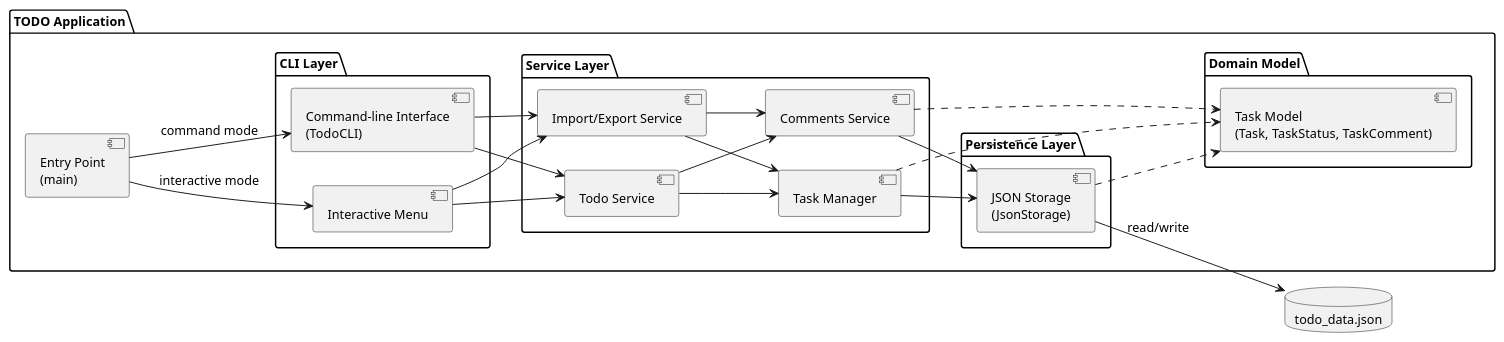
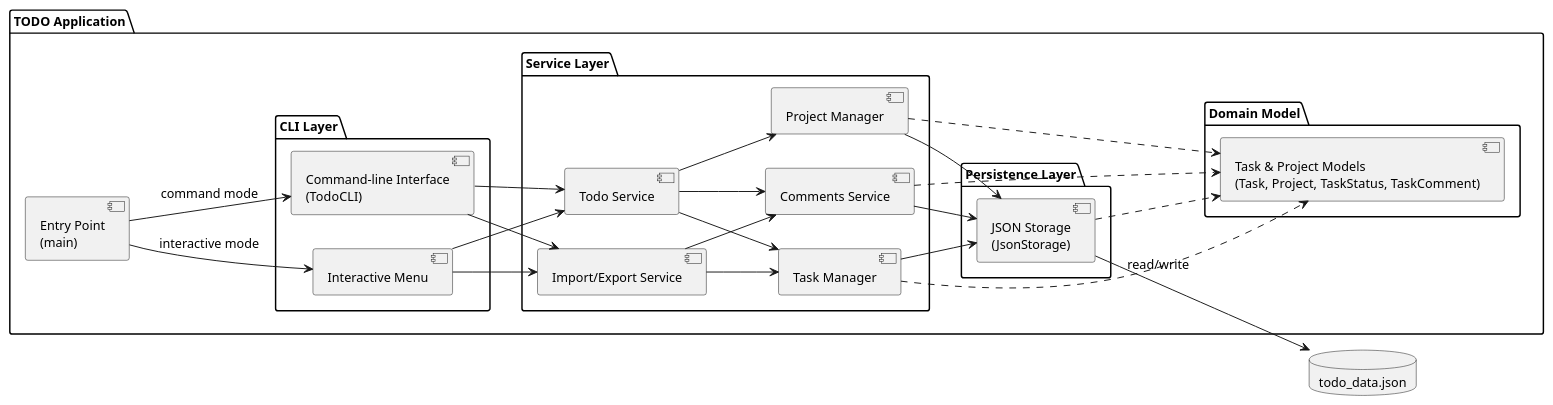
The diagram in experiments/broadcast/user_stories/TODO/artifacts/component_diagram.puml (DanielRiha8906/Software_autoevolution_using_agents), drawn with PlantUML before and after one commit. The commit also changed 4 other files, not shown here.

First line of the commit message:
task 08 | update diagrams and documentation for project grouping

```diff
--- a/experiments/broadcast/user_stories/TODO/artifacts/component_diagram.puml
+++ b/experiments/broadcast/user_stories/TODO/artifacts/component_diagram.puml
@@ -1,55 +1,59 @@
 @startuml component_diagram
 
 skinparam componentStyle uml2
 skinparam defaultFontSize 13
 
 left to right direction
 
 package "TODO Application" {
 
     component "Entry Point\n(main)" as Main
 
     package "CLI Layer" {
         component "Interactive Menu" as IM
         component "Command-line Interface\n(TodoCLI)" as CLI
     }
 
     package "Service Layer" {
         component "Todo Service" as SVC
         component "Task Manager" as MGR
         component "Comments Service" as CSVC
+        component "Project Manager" as PMGR
         component "Import/Export Service" as IES
     }
 
     package "Domain Model" {
-        component "Task Model\n(Task, TaskStatus, TaskComment)" as Model
+        component "Task & Project Models\n(Task, Project, TaskStatus, TaskComment)" as Model
     }
 
     package "Persistence Layer" {
         component "JSON Storage\n(JsonStorage)" as Storage
     }
 }
 
 database "todo_data.json" as DB
 
 Main --> IM : interactive mode
 Main --> CLI : command mode
 
 IM --> SVC
 IM --> IES
 CLI --> SVC
 CLI --> IES
 
 SVC --> MGR
 SVC --> CSVC
+SVC --> PMGR
 IES --> MGR
 IES --> CSVC
 MGR --> Storage
 CSVC --> Storage
+PMGR --> Storage
 MGR ..> Model
 CSVC ..> Model
+PMGR ..> Model
 Storage ..> Model
 
 Storage --> DB : read/write
 
 @enduml
```
